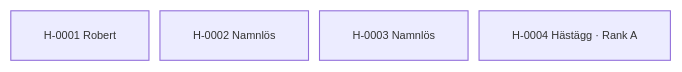
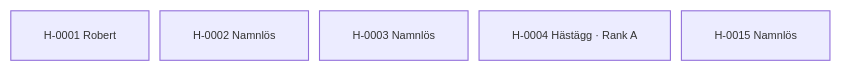
Before and after one commit to awoltmp/horse-registry: the diagram in content/02. Register/02.3 Stamtavlor/Fristående hästar.md, drawn with Mermaid. The commit also changed other lines of this file and 51 other files, not shown here.

````diff
--- a/content/02. Register/02.3 Stamtavlor/Fristående hästar.md
+++ b/content/02. Register/02.3 Stamtavlor/Fristående hästar.md
@@ -26,9 +26,10 @@
 ```mermaid
 %%{init: {"flowchart": {"nodeSpacing": 10, "rankSpacing": 18, "curve": "basis", "htmlLabels": true}, "themeVariables": {"fontSize": "10px"}}}%%
 flowchart TB
     h0["H-0001 Robert"]
     h1["H-0002 Namnlös"]
     h2["H-0003 Namnlös"]
     h3["H-0004 Hästägg · Rank A"]
-    class h0,h1,h2,h3 internal-link;
+    h4["H-0015 Namnlös"]
+    class h0,h1,h2,h3,h4 internal-link;
 ```
````
